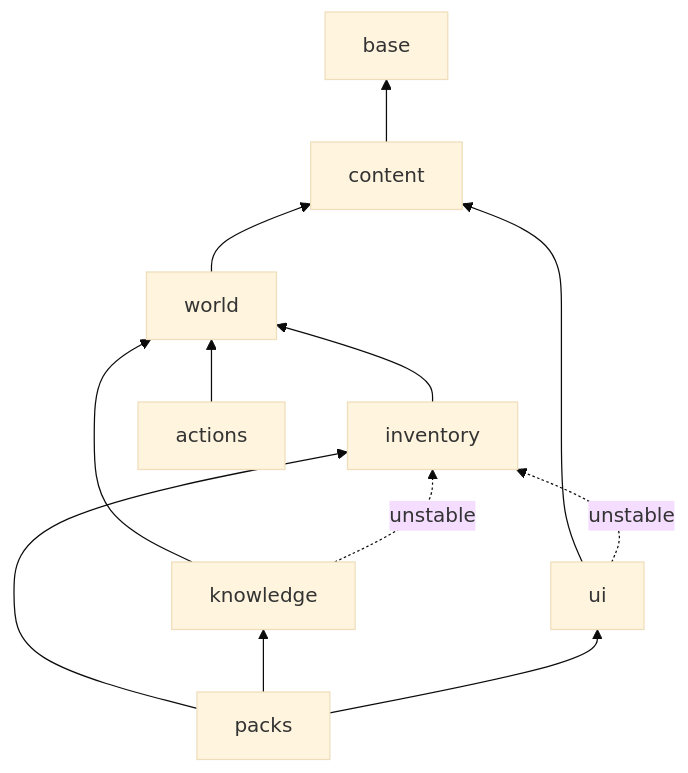
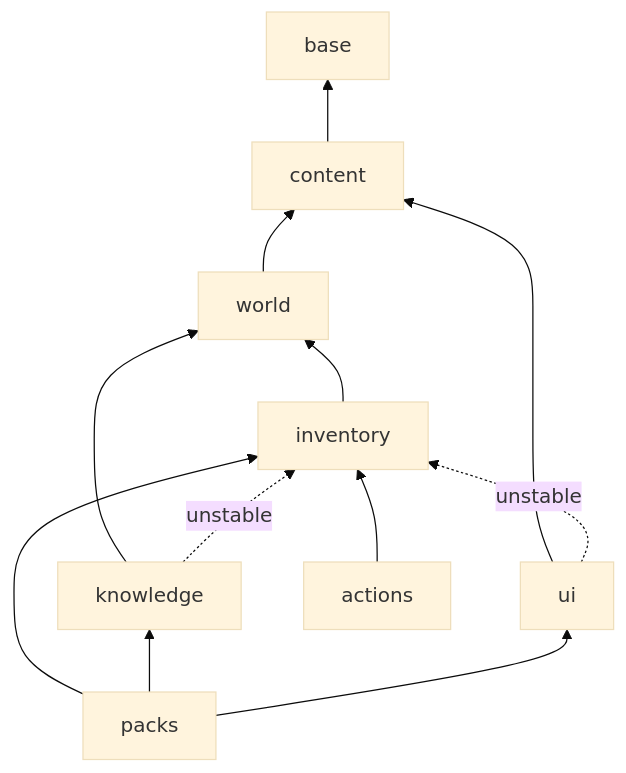
The diagram in ARCHITECTURE.md (enshwick/enshwick), drawn with Mermaid (base theme) before and after one commit. The commit also changed 75 other files, not shown here.

````diff
--- a/ARCHITECTURE.md
+++ b/ARCHITECTURE.md
@@ -163,14 +163,14 @@
 ```mermaid
 graph BT
     content --> base
     world --> content
     ui --> content
     inventory --> world
     knowledge --> world
-    actions --> world
+    actions --> inventory
     knowledge -. unstable .-> inventory
     ui -. unstable .-> inventory
     packs --> inventory
     packs --> knowledge
     packs --> ui
 ```
````
